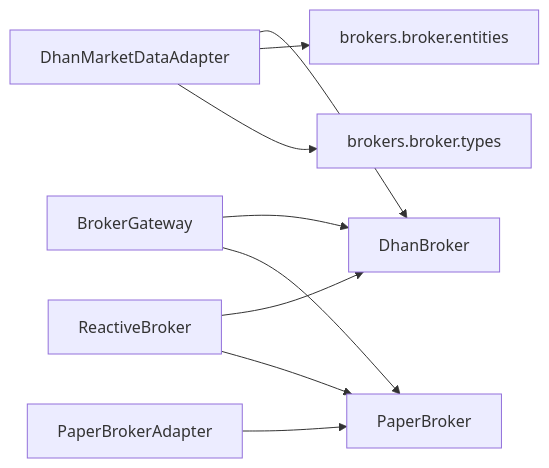
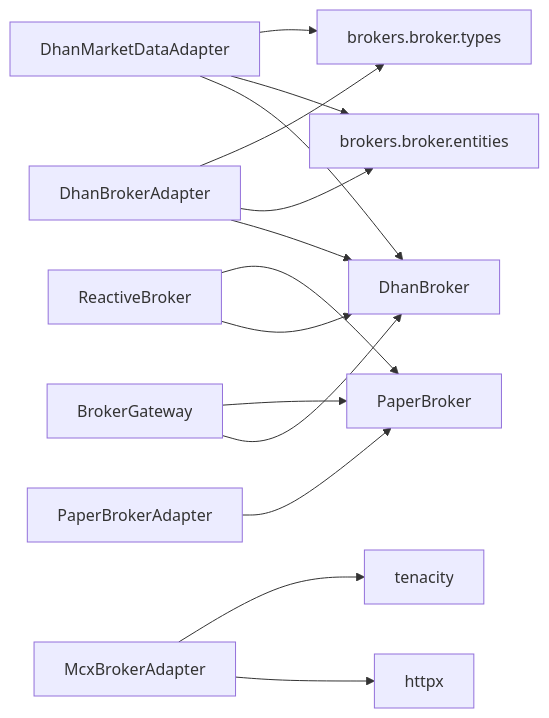
One commit to gemrajkhatry-maker/v5-of-glassytrade-ai changed the eighth of 8 diagrams in .qoder/repowiki/en/content/Backend Application/Infrastructure Adapters/Broker Adapters.md. Above: the diagram before and after it, drawn with Mermaid. The commit also changed other lines of this file and 219 other files, not shown here.

First line of the commit message:
refactor: major architecture improvements across backend, backendv2, brokers, and frontend

````diff
--- a/.qoder/repowiki/en/content/Backend Application/Infrastructure Adapters/Broker Adapters.md
+++ b/.qoder/repowiki/en/content/Backend Application/Infrastructure Adapters/Broker Adapters.md
@@ -310,11 +443,16 @@
 ```mermaid
 graph LR
-DM["DhanMarketDataAdapter"] --> DB["DhanBroker"]
-DM --> ENT["brokers.broker.entities"]
-DM --> TYP["brokers.broker.types"]
+DBA["DhanBrokerAdapter"] --> DB["DhanBroker"]
+DBA --> ENT["brokers.broker.entities"]
+DBA --> TYP["brokers.broker.types"]
+MCXA["McxBrokerAdapter"] --> HTTPX["httpx"]
+MCXA --> TEN["tenacity"]
+DMA["DhanMarketDataAdapter"] --> DB
+DMA --> ENT
+DMA --> TYP
 PB["PaperBrokerAdapter"] --> BRP["PaperBroker"]
 GW["BrokerGateway"] --> DB
 GW --> BRP
 RB["ReactiveBroker"] --> DB
 RB --> BRP
 ```
````
